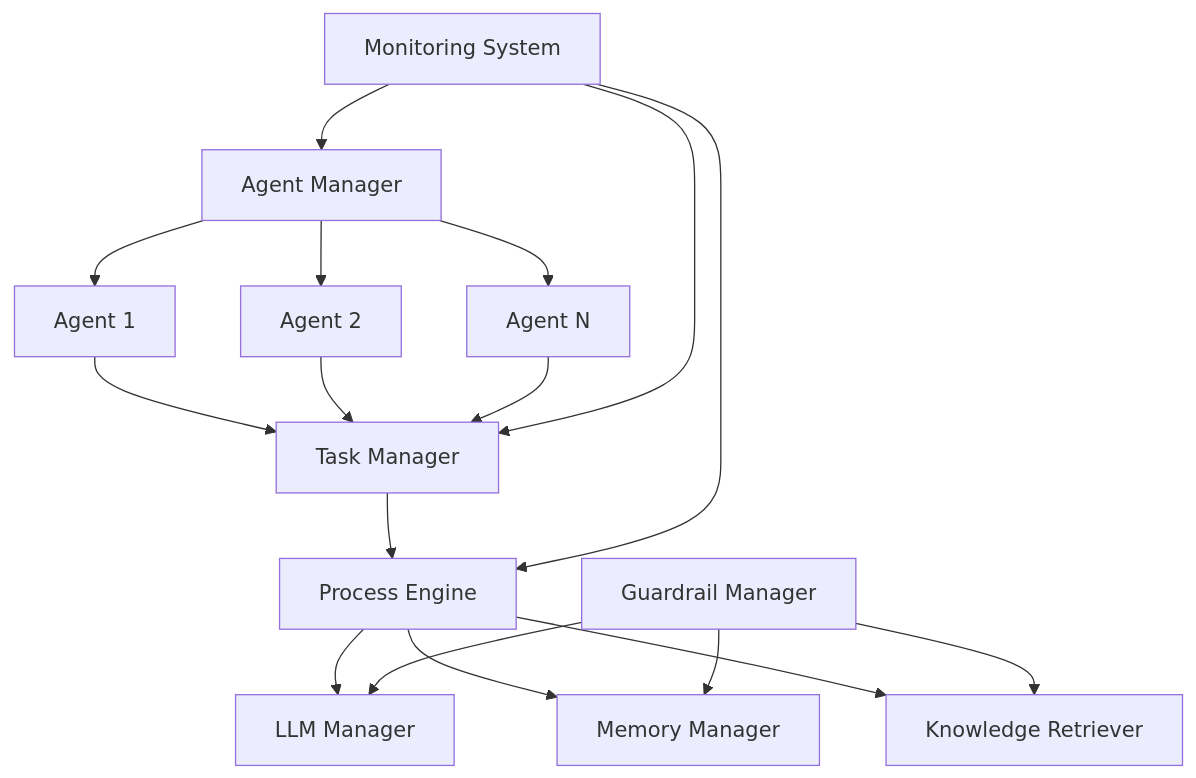
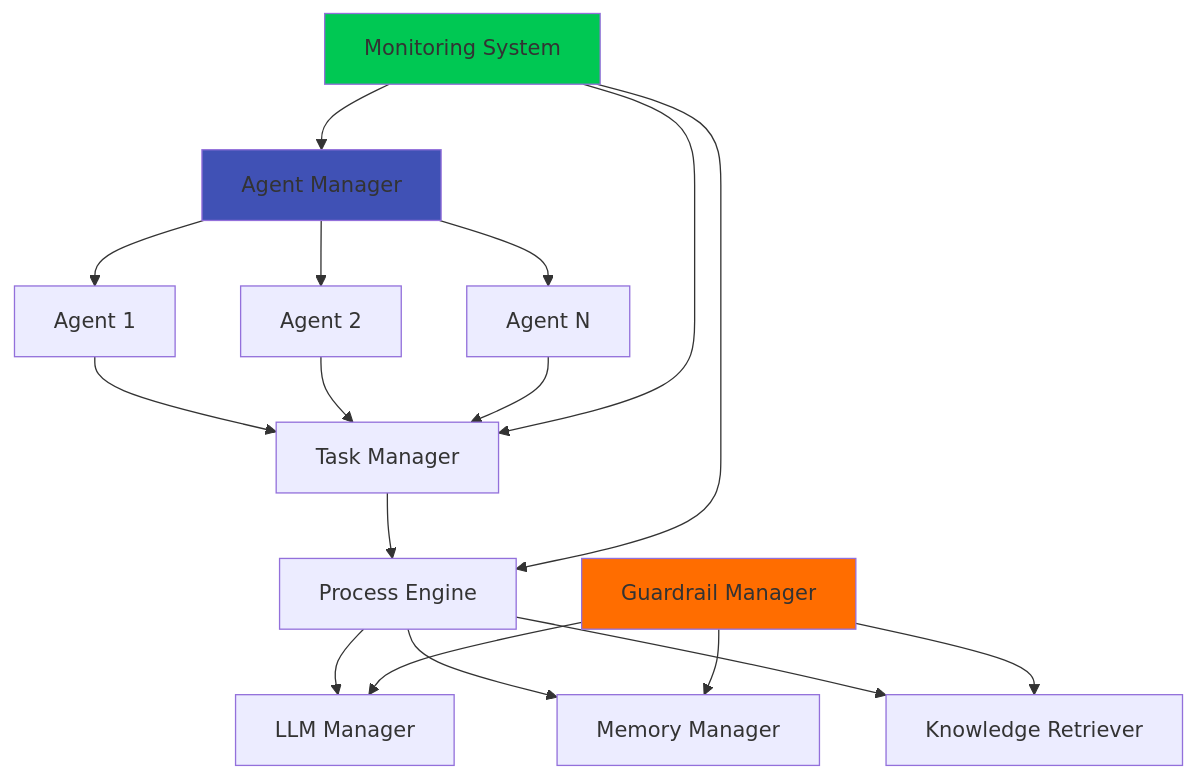
The diagram in docs/index.md (isathish/agenticaiframework), drawn with Mermaid before and after one commit. The commit also changed other lines of this file and 12 other files, not shown here.

First line of the commit message:
Enhance documentation with detailed memory architecture, task module overview, and improved styling

````diff
--- a/docs/index.md
+++ b/docs/index.md
@@ -145,23 +218,27 @@
 ```mermaid
 graph TB
     A[Agent Manager] --> B[Agent 1]
     A --> C[Agent 2]
     A --> D[Agent N]
     
     B --> E[Task Manager]
     C --> E
     D --> E
     
     E --> F[Process Engine]
     F --> G[LLM Manager]
     F --> H[Memory Manager]
     F --> I[Knowledge Retriever]
     
     J[Monitoring System] --> A
     J --> E
     J --> F
     
     K[Guardrail Manager] --> G
     K --> H
     K --> I
+    
+    style A fill:#4051b5
+    style J fill:#00c853
+    style K fill:#ff6d00
 ```
````
